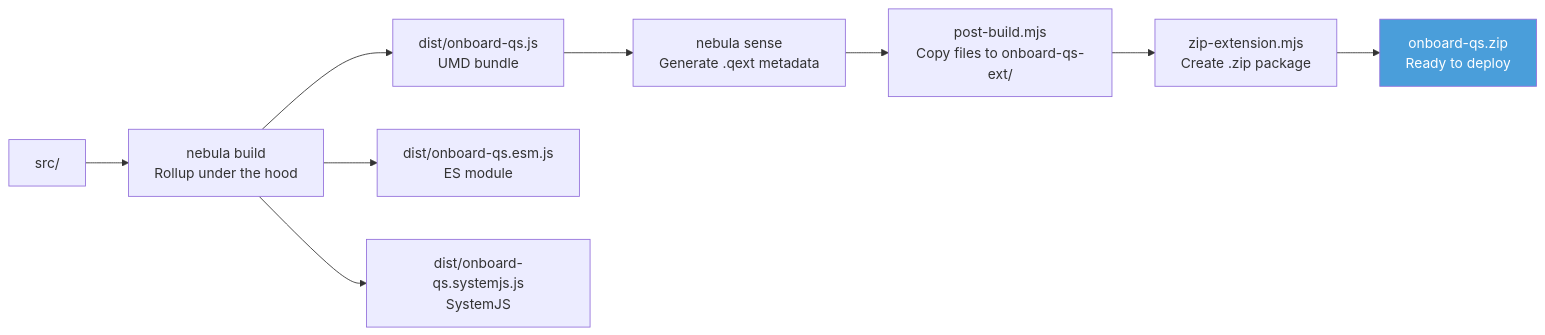
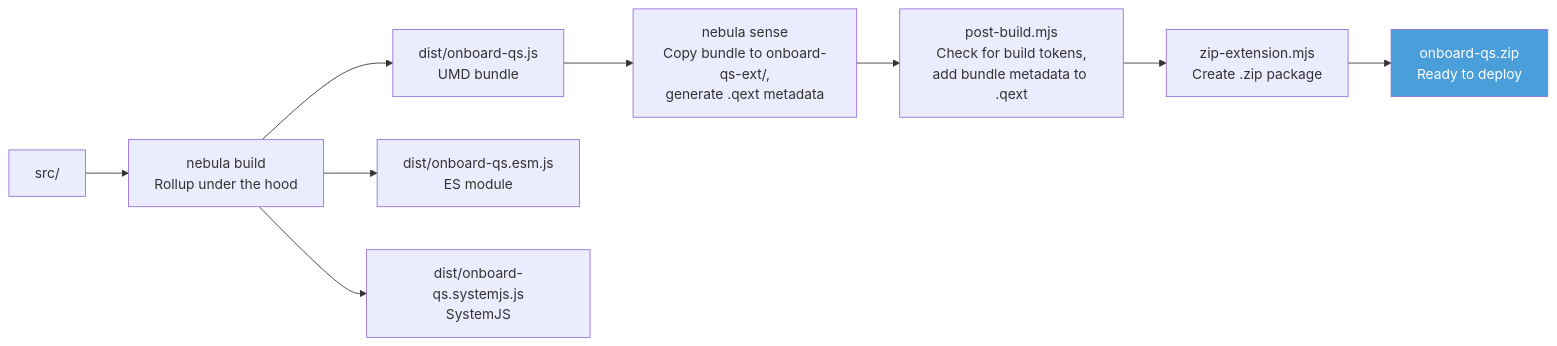
One commit to ptarmiganlabs/onboard.qs changed the first of 4 diagrams in docs/BUILD-AND-DEPLOYMENT.md. Above: the diagram before and after it, drawn with Mermaid. The commit also changed other lines of this file and 11 other files, not shown here.

````diff
--- a/docs/BUILD-AND-DEPLOYMENT.md
+++ b/docs/BUILD-AND-DEPLOYMENT.md
@@ -7,13 +7,13 @@
 ```mermaid
 flowchart LR
     SRC[src/] --> NB[nebula build<br/>Rollup under the hood]
     NB --> UMD[dist/onboard-qs.js<br/>UMD bundle]
     NB --> ESM[dist/onboard-qs.esm.js<br/>ES module]
     NB --> SYS[dist/onboard-qs.systemjs.js<br/>SystemJS]
-    UMD --> SENSE[nebula sense<br/>Generate .qext metadata]
-    SENSE --> PB[post-build.mjs<br/>Copy files to onboard-qs-ext/]
+    UMD --> SENSE[nebula sense<br/>Copy bundle to onboard-qs-ext/,<br/>generate .qext metadata]
+    SENSE --> PB[post-build.mjs<br/>Check for build tokens,<br/>add bundle metadata to .qext]
     PB --> ZIP[zip-extension.mjs<br/>Create .zip package]
     ZIP --> PKG[onboard-qs.zip<br/>Ready to deploy]
 
     style PKG fill:#4a9eda,color:#fff
 ```
````
